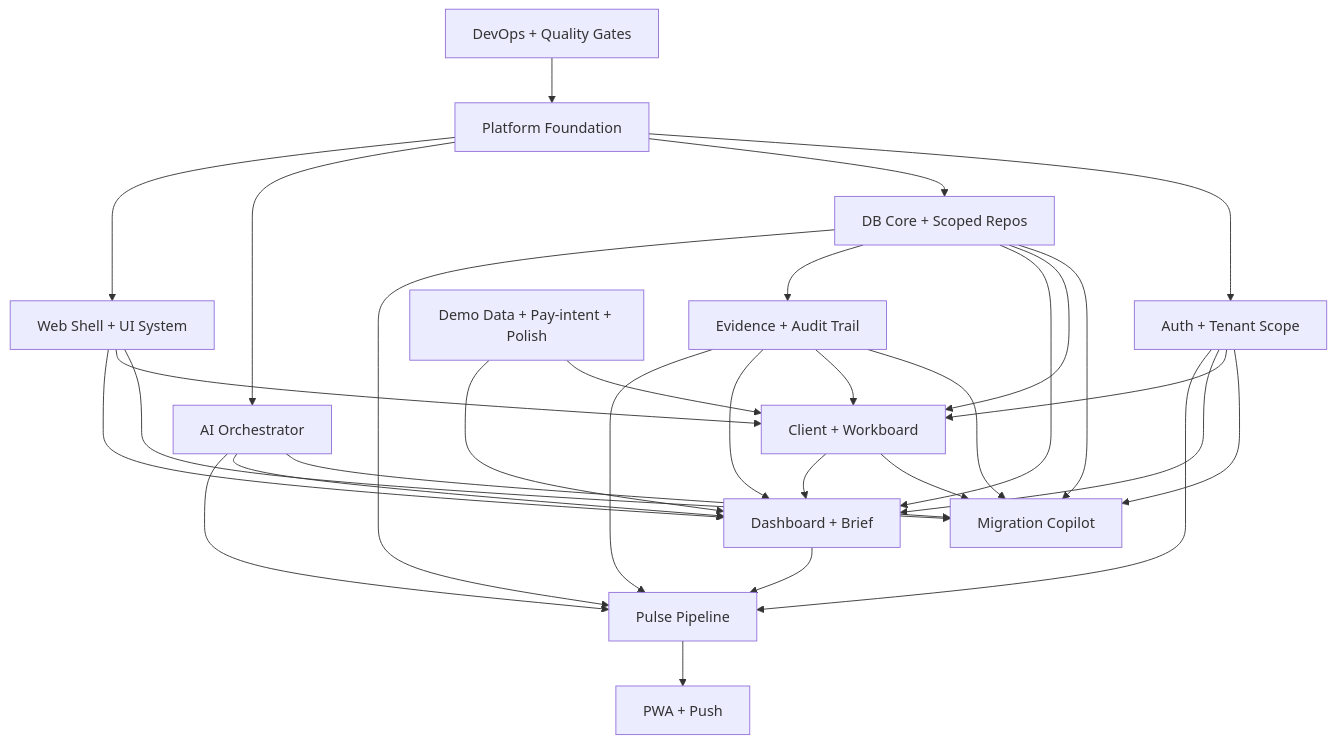
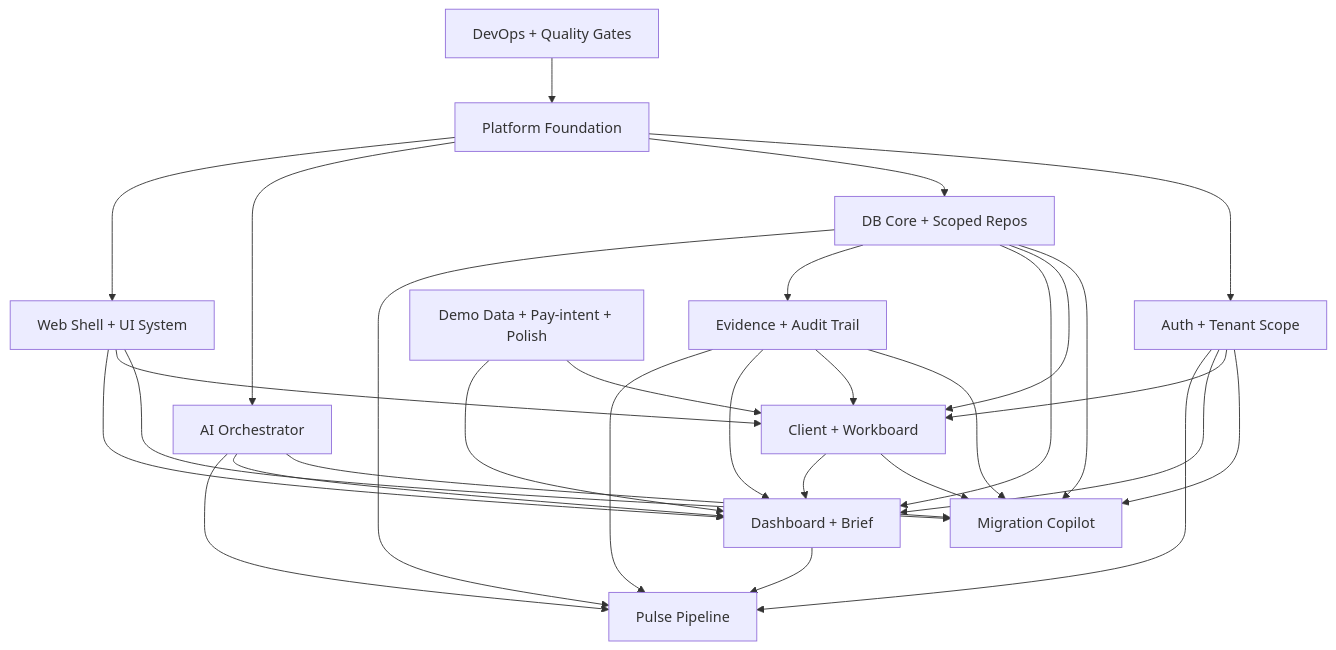
The diagram in docs/Dev File/09-Demo-Sprint-Module-Playbook.md (langgenius/due-date-hq-jhx-lyz), drawn with Mermaid before and after one commit. The commit also changed other lines of this file and 450 other files, not shown here.

````diff
--- a/docs/Dev File/09-Demo-Sprint-Module-Playbook.md
+++ b/docs/Dev File/09-Demo-Sprint-Module-Playbook.md
@@ -611,47 +576,45 @@
 ```mermaid
 flowchart TD
   Platform["Platform Foundation"]
   WebShell["Web Shell + UI System"]
   Auth["Auth + Tenant Scope"]
   DB["DB Core + Scoped Repos"]
   AI["AI Orchestrator"]
   Migration["Migration Copilot"]
   Workboard["Client + Workboard"]
   Dashboard["Dashboard + Brief"]
   Evidence["Evidence + Audit Trail"]
   Pulse["Pulse Pipeline"]
-  PWA["PWA + Push"]
   Demo["Demo Data + Pay-intent + Polish"]
   DevOps["DevOps + Quality Gates"]
 
   Platform --> Auth
   Platform --> DB
   Platform --> AI
   Platform --> WebShell
   Auth --> Migration
   Auth --> Workboard
   Auth --> Dashboard
   Auth --> Pulse
   DB --> Migration
   DB --> Workboard
   DB --> Dashboard
   DB --> Evidence
   DB --> Pulse
   AI --> Migration
   AI --> Dashboard
   AI --> Pulse
   WebShell --> Migration
   WebShell --> Workboard
   WebShell --> Dashboard
   Evidence --> Migration
   Evidence --> Workboard
   Evidence --> Dashboard
   Evidence --> Pulse
   Workboard --> Migration
   Workboard --> Dashboard
   Dashboard --> Pulse
-  Pulse --> PWA
   Demo --> Workboard
   Demo --> Dashboard
   DevOps --> Platform
 ```
````
